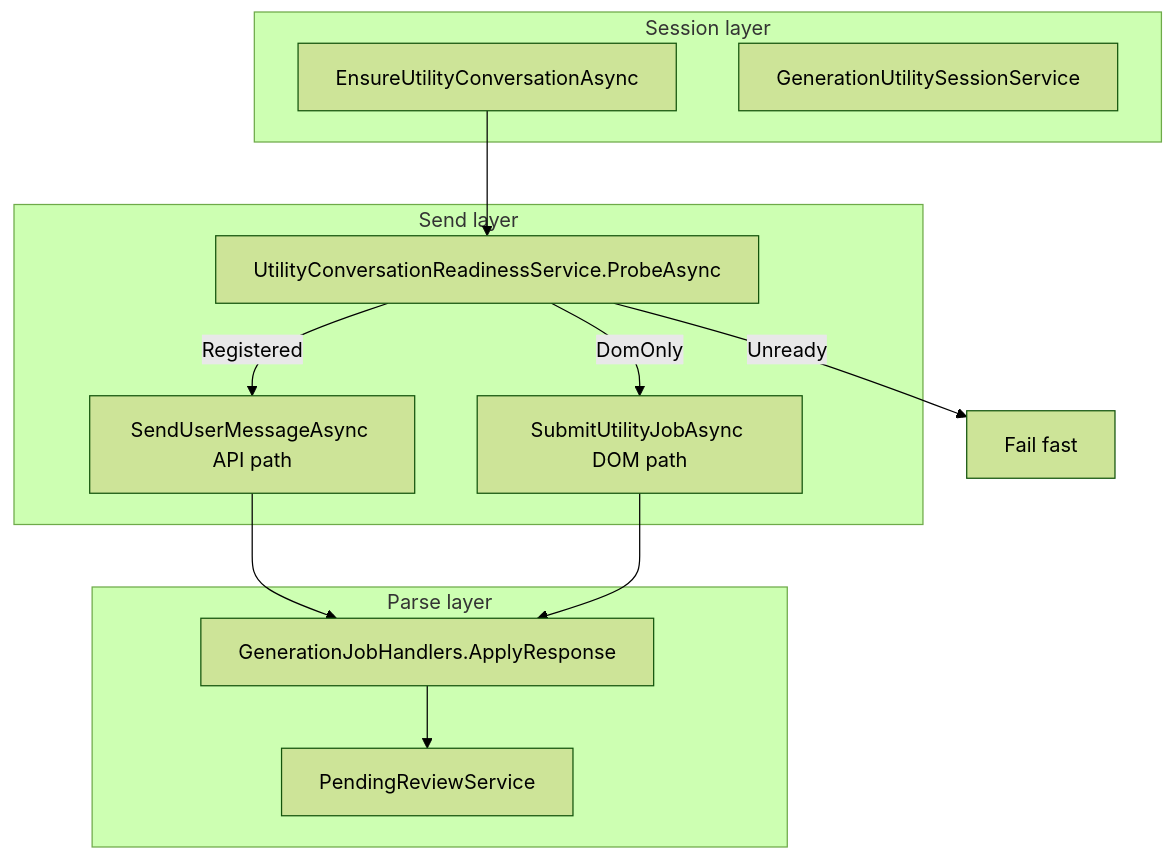
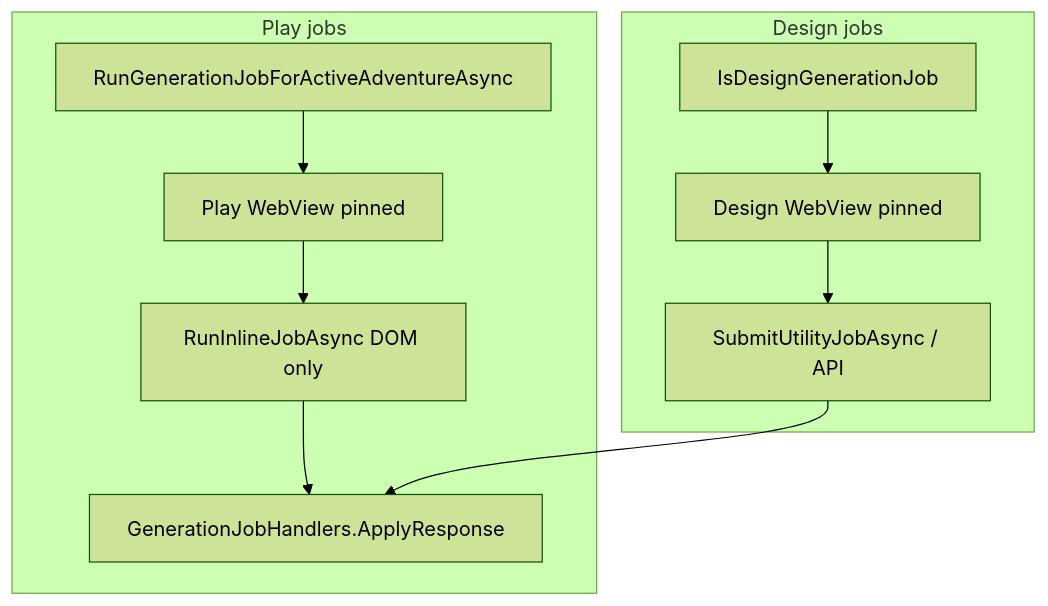
One commit to CMD0112/NarrativeGPT changed the diagram in docs/utility-job-orchestration.md. Above: the diagram before and after it, drawn with Mermaid (forest theme). The commit also changed other lines of this file and 425 other files, not shown here.

````diff
--- a/docs/utility-job-orchestration.md
+++ b/docs/utility-job-orchestration.md
@@ -15,26 +20,15 @@
 ```mermaid
 flowchart TB
-    subgraph session [Session layer]
-        EUC[EnsureUtilityConversationAsync]
-        GUS[GenerationUtilitySessionService]
+    subgraph playPath [Play jobs]
+        PJ[RunGenerationJobForActiveAdventureAsync]
+        PJ --> PlayWV[Play WebView pinned]
+        PlayWV --> Inline[RunInlineJobAsync DOM only]
+        Inline --> Parse[GenerationJobHandlers.ApplyResponse]
     end
-
-    subgraph send [Send layer]
-        UCR[UtilityConversationReadinessService.ProbeAsync]
-        API[SendUserMessageAsync API path]
-        DOM[SubmitUtilityJobAsync DOM path]
+    subgraph designPath [Design jobs]
+        DJ[IsDesignGenerationJob]
+        DJ --> DesignWV[Design WebView pinned]
+        DesignWV --> DesignSend[SubmitUtilityJobAsync / API]
+        DesignSend --> Parse
     end
-
-    subgraph parse [Parse layer]
-        GJH[GenerationJobHandlers.ApplyResponse]
-        PRS[PendingReviewService]
-    end
-
-    EUC --> UCR
-    UCR -->|Registered| API
-    UCR -->|DomOnly| DOM
-    UCR -->|Unready| FAIL[Fail fast]
-    API --> GJH
-    DOM --> GJH
-    GJH --> PRS
 ```
````
